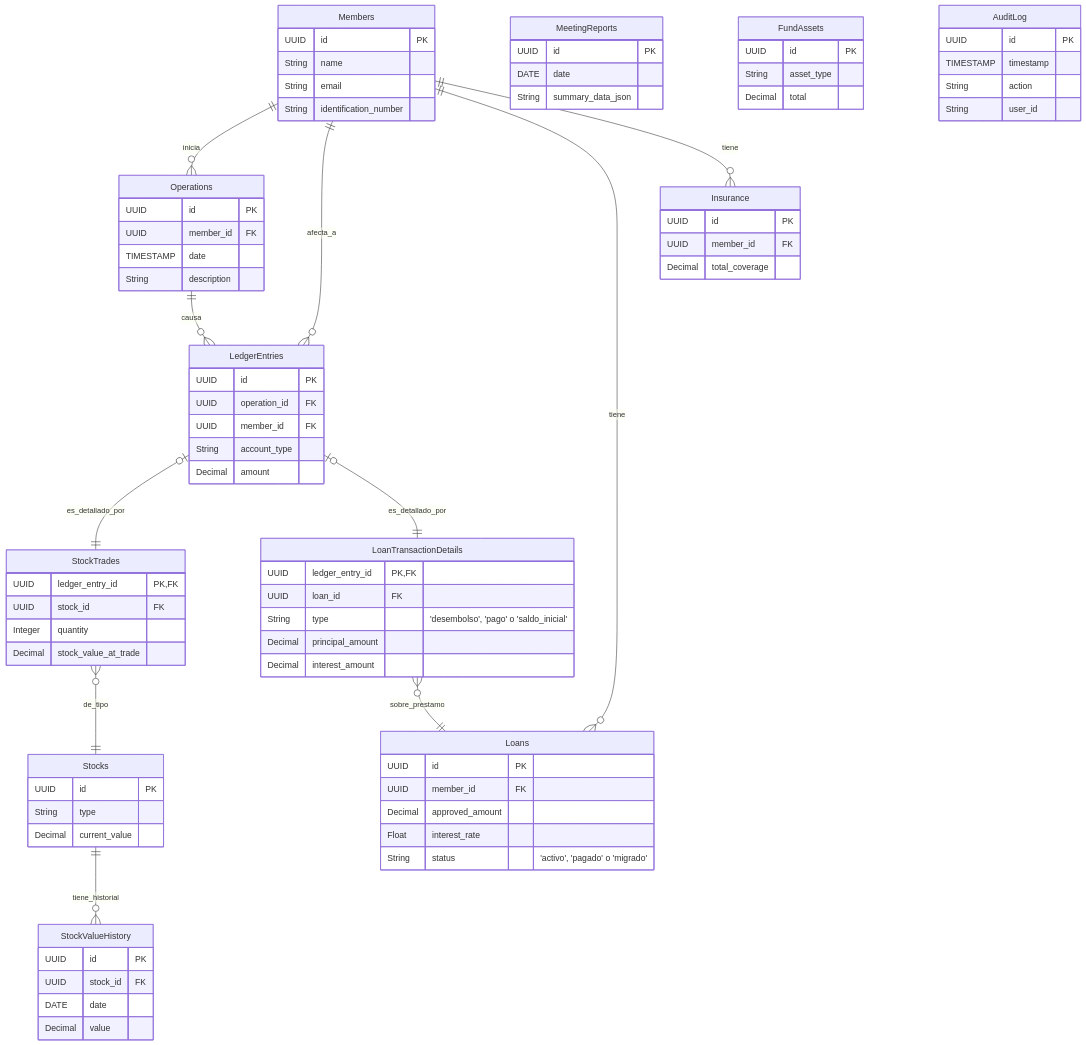
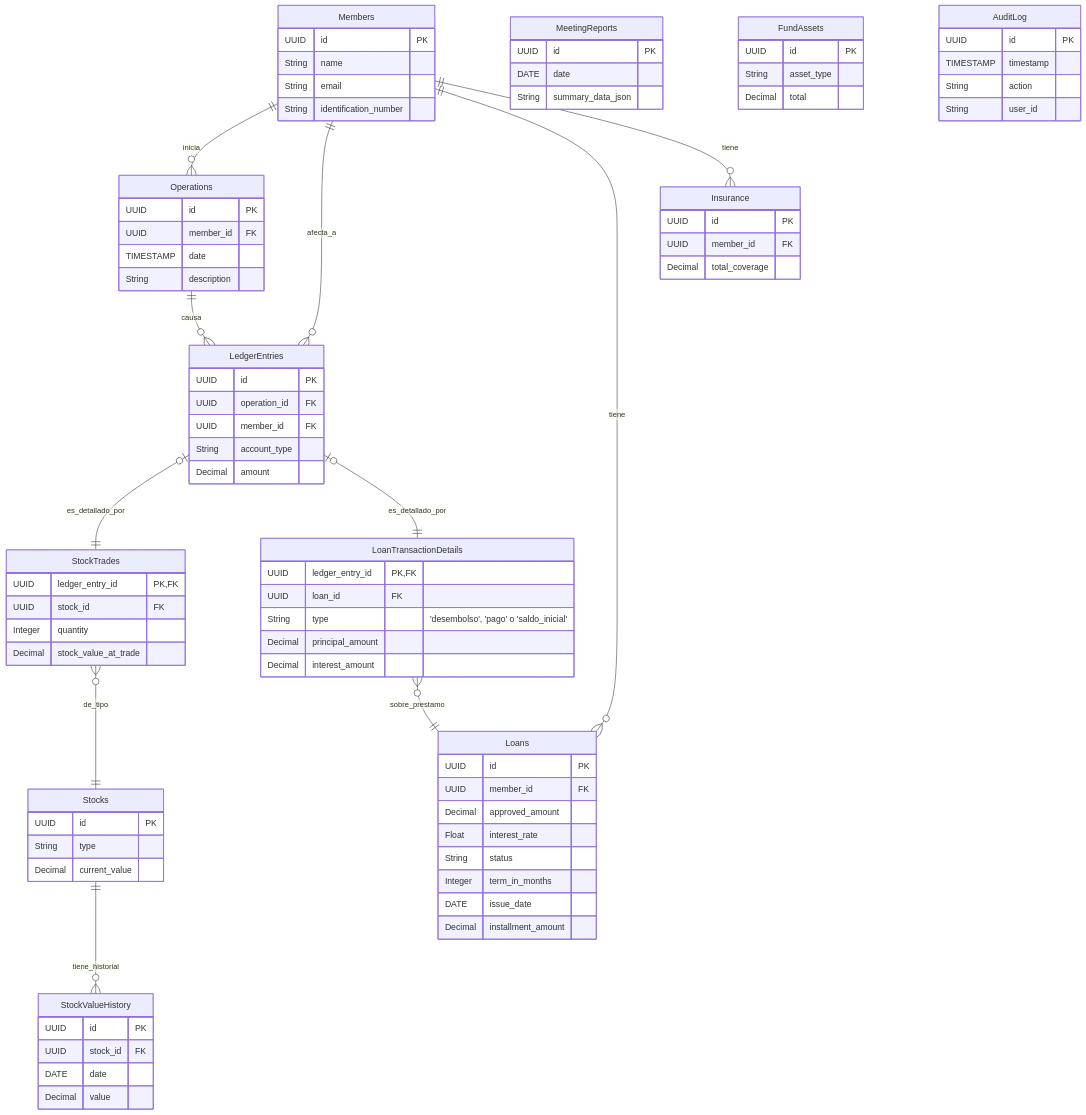
The second of 2 diagrams in docs/phases/phase-2.md (fabian-martinez/collaborative-saving), drawn with Mermaid before and after one commit.

Commit message:
docs(design): Finalize DB schema with loan terms
This commit updates the database design to include loan term details such as term length, issue date, and installment amount. This completes the data model for Phase 2.

```diff
--- a/docs/phases/phase-2.md
+++ b/docs/phases/phase-2.md
@@ -114,7 +114,10 @@
         UUID member_id FK
         Decimal approved_amount
         Float interest_rate
-        String status "'activo', 'pagado' o 'migrado'"
+        String status
+        Integer term_in_months
+        DATE issue_date
+        Decimal installment_amount
     }
 
     Insurance {
```
